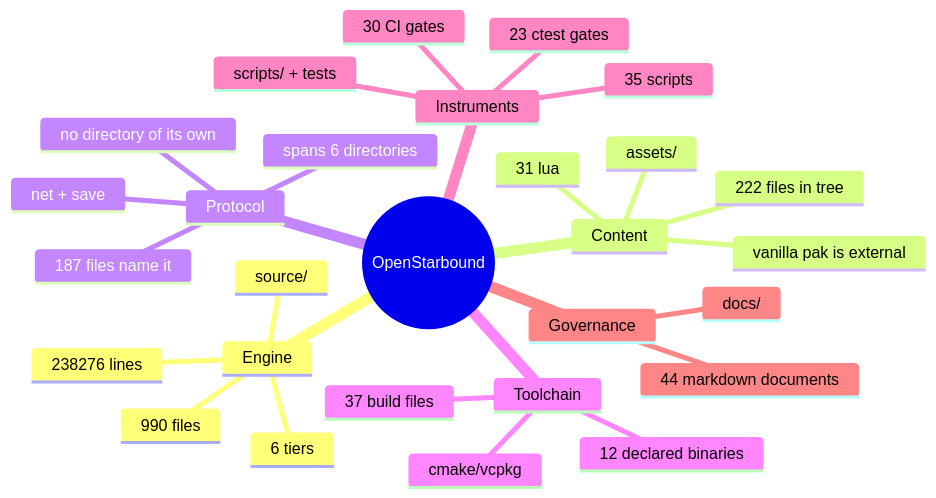
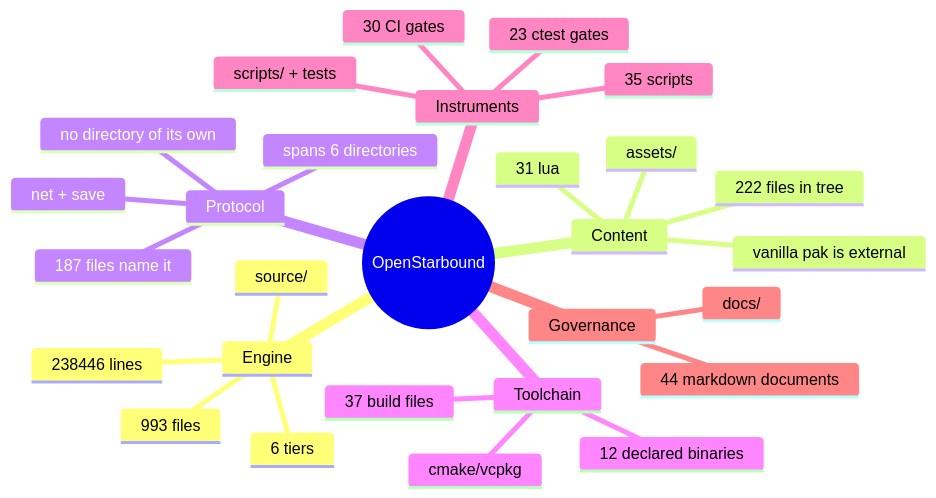
One commit to apnex/OpenStarbound changed the second of 11 diagrams in docs/architecture/system-boundaries.md. Above: the diagram before and after it, drawn with Mermaid. The commit also changed other lines of this file and 6 other files, not shown here.

````diff
--- a/docs/architecture/system-boundaries.md
+++ b/docs/architecture/system-boundaries.md
@@ -166,31 +166,31 @@
 ```mermaid
 mindmap
   root((OpenStarbound))
     Engine
       source/
-      990 files
-      238276 lines
+      993 files
+      238446 lines
       6 tiers
     Content
       assets/
       222 files in tree
       31 lua
       vanilla pak is external
     Protocol
       net + save
       187 files name it
       spans 6 directories
       no directory of its own
     Toolchain
       cmake/vcpkg
       37 build files
       12 declared binaries
     Instruments
       scripts/ + tests
       35 scripts
       23 ctest gates
       30 CI gates
     Governance
       docs/
       44 markdown documents
 ```
````
